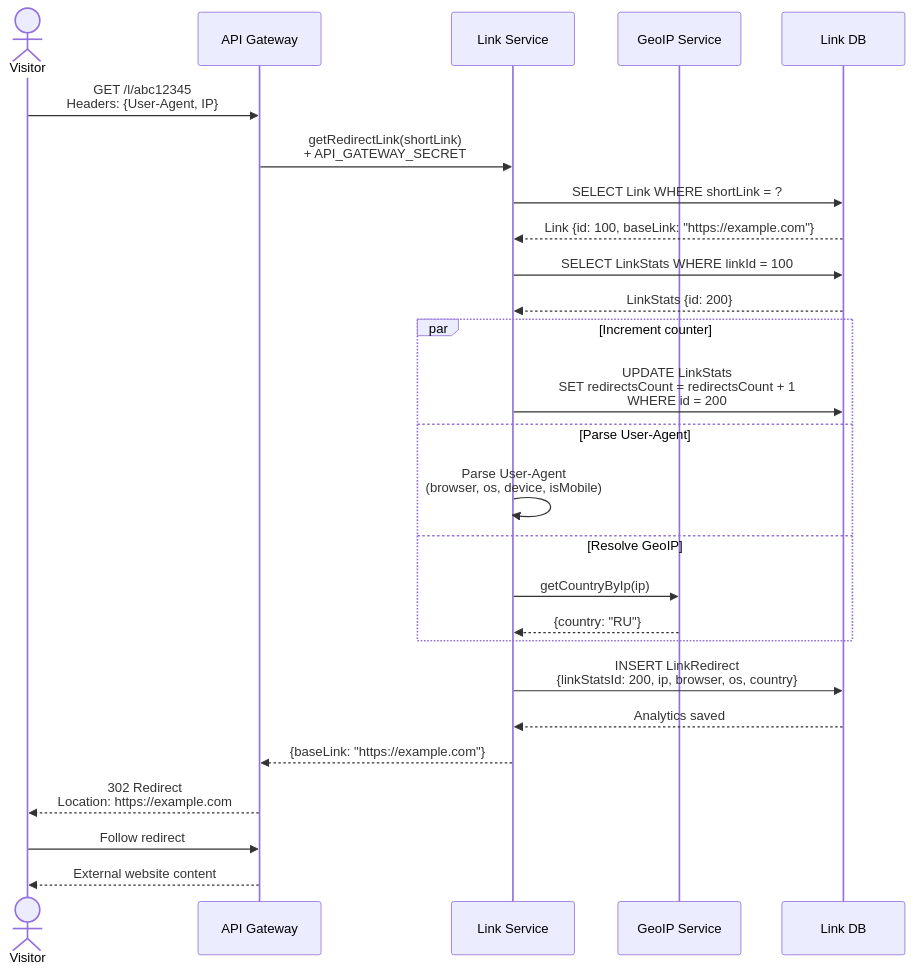
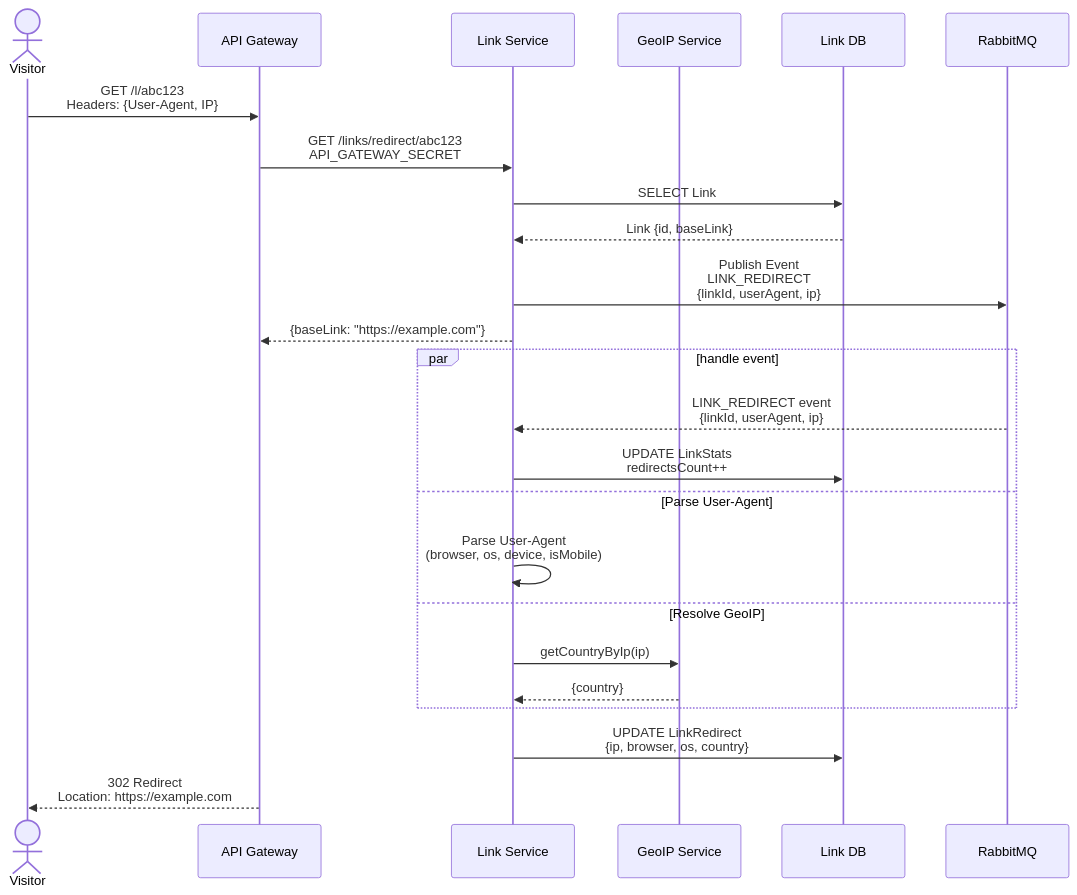
Before and after one commit to Wo0zZ1/url-shortener: diagram 12 of 17 in assets/diagrams.md, drawn with Mermaid. The commit also changed other lines of this file and 1 other file, not shown here.

````diff
--- a/assets/diagrams.md
+++ b/assets/diagrams.md
@@ -480,36 +418,32 @@
 ```mermaid
 sequenceDiagram
     actor Visitor
     participant Gateway as API Gateway
     participant LinkSvc as Link Service
     participant GeoIP as GeoIP Service
     participant LinkDB as Link DB
+    participant RabbitMQ
 
-    Visitor->>Gateway: GET /l/abc12345<br/>Headers: {User-Agent, IP}
+    Visitor->>Gateway: GET /l/abc123<br/>Headers: {User-Agent, IP}
 
-    Gateway->>LinkSvc: getRedirectLink(shortLink)<br/>+ API_GATEWAY_SECRET
+    Gateway->>LinkSvc: GET /links/redirect/abc123<br/>API_GATEWAY_SECRET
 
-    LinkSvc->>LinkDB: SELECT Link WHERE shortLink = ?
-    LinkDB-->>LinkSvc: Link {id: 100, baseLink: "https://example.com"}
+    LinkSvc->>LinkDB: SELECT Link
+    LinkDB-->>LinkSvc: Link {id, baseLink}
 
-    LinkSvc->>LinkDB: SELECT LinkStats WHERE linkId = 100
-    LinkDB-->>LinkSvc: LinkStats {id: 200}
+    LinkSvc->>RabbitMQ: Publish Event<br/>LINK_REDIRECT<br/>{linkId, userAgent, ip}
 
-    par Increment counter
-        LinkSvc->>LinkDB: UPDATE LinkStats<br/>SET redirectsCount = redirectsCount + 1<br/>WHERE id = 200
+    LinkSvc-->>Gateway: {baseLink: "https://example.com"}
+    par handle event
+        RabbitMQ-->>LinkSvc: LINK_REDIRECT event<br/>{linkId, userAgent, ip}
+        LinkSvc->>LinkDB: UPDATE LinkStats<br/>redirectsCount++
     and Parse User-Agent
         LinkSvc->>LinkSvc: Parse User-Agent<br/>(browser, os, device, isMobile)
     and Resolve GeoIP
         LinkSvc->>GeoIP: getCountryByIp(ip)
-        GeoIP-->>LinkSvc: {country: "RU"}
+        GeoIP-->>LinkSvc: {country}
     end
 
-    LinkSvc->>LinkDB: INSERT LinkRedirect<br/>{linkStatsId: 200, ip, browser, os, country}
-    LinkDB-->>LinkSvc: Analytics saved
-
-    LinkSvc-->>Gateway: {baseLink: "https://example.com"}
+    LinkSvc->>LinkDB: UPDATE LinkRedirect<br/>{ip, browser, os, country}
     Gateway-->>Visitor: 302 Redirect<br/>Location: https://example.com
-
-    Visitor->>Gateway: Follow redirect
-    Gateway-->>Visitor: External website content
 ```
````
